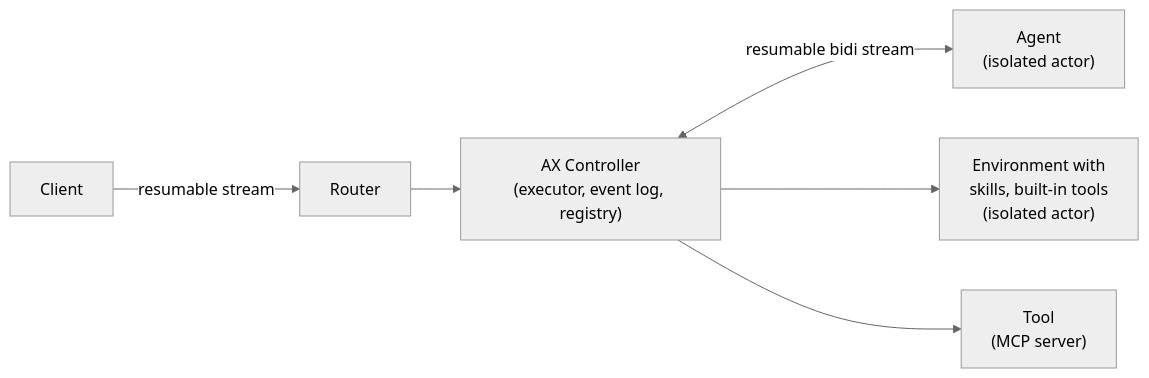
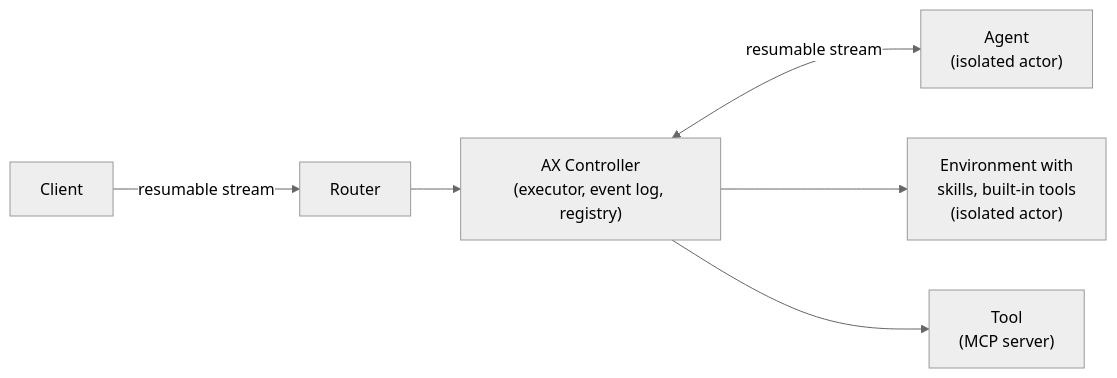
The diagram in README.md (feifeigood/ax), drawn with Mermaid (neutral theme) before and after one commit. The commit also changed other lines of this file, not shown here.

Commit message:
Update diagram label and agent substrate description in README (#15)

````diff
--- a/README.md
+++ b/README.md
@@ -40,16 +40,16 @@
 ```mermaid
 %%{init: {"flowchart": {"diagramPadding": 80}}}%%
 graph LR
     Client
     Router["Router"]
     Controller["AX Controller<br/>(executor, event log, registry)"]
     RemoteAgent["Agent<br/>(isolated actor)"]
     Tool["Tool<br/>(MCP server)"]
     Env["Environment with<br/>skills, built-in tools<br/>(isolated actor)"]
 
     Client -->|resumable stream| Router
     Router --> Controller
-    Controller <-->|resumable bidi stream| RemoteAgent
+    Controller <-->|resumable stream| RemoteAgent
     Controller --> Env
     Controller --> Tool
 ```
````
